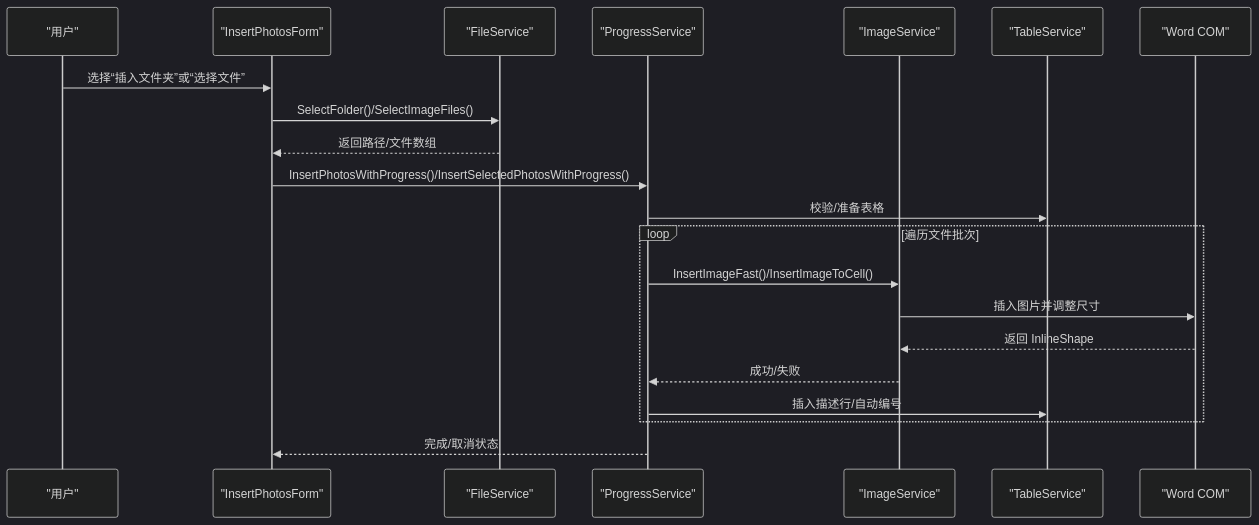
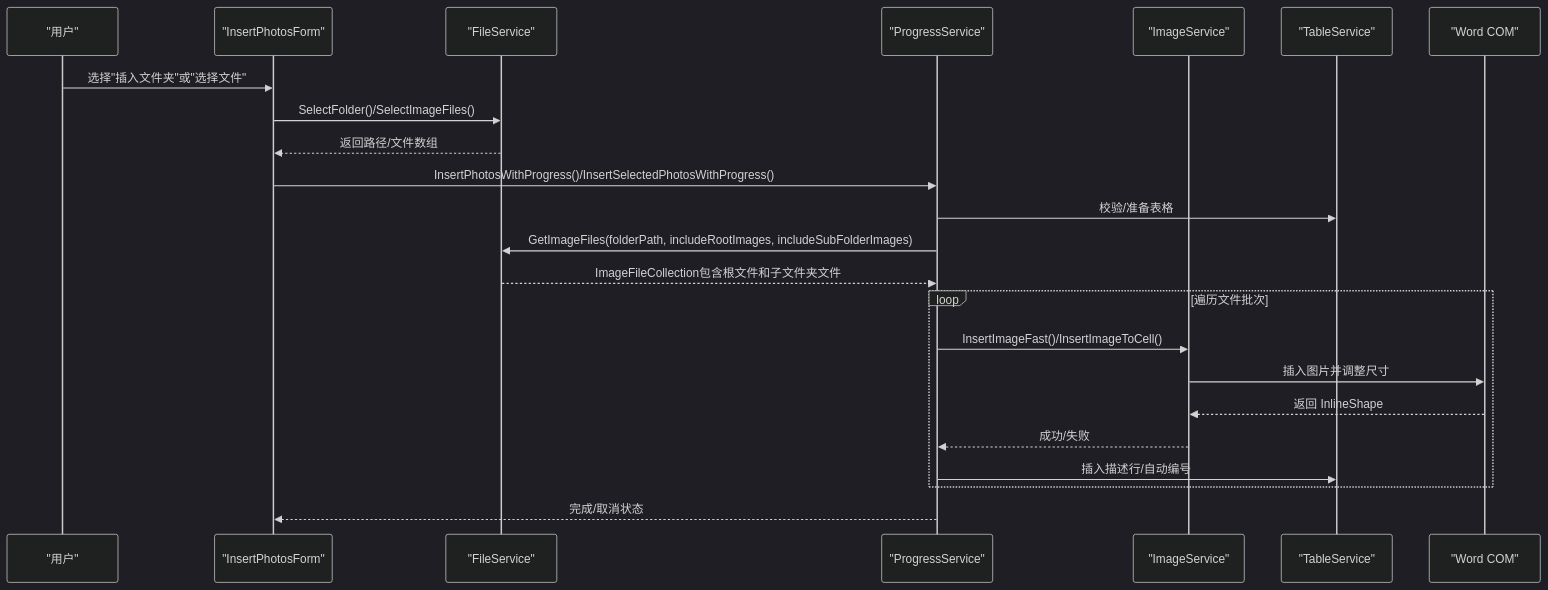
Before and after one commit to rainiva/WordTools: the second of 5 diagrams in .qoder/repowiki/zh/content/核心功能/文件系统操作.md, drawn with Mermaid (dark theme). The commit also changed other lines of this file and 8 other files, not shown here.

Commit message:
perf: 大表格插图性能优化-清理编号与计算起始号瓶颈修复+诊断计时

````diff
--- a/.qoder/repowiki/zh/content/核心功能/文件系统操作.md
+++ b/.qoder/repowiki/zh/content/核心功能/文件系统操作.md
@@ -96,23 +105,25 @@
 ```mermaid
 sequenceDiagram
 participant U as "用户"
 participant F as "InsertPhotosForm"
 participant FS as "FileService"
 participant PS as "ProgressService"
 participant IS as "ImageService"
 participant TS as "TableService"
 participant OF as "Word COM"
-U->>F : 选择“插入文件夹”或“选择文件”
+U->>F : 选择"插入文件夹"或"选择文件"
 F->>FS : SelectFolder()/SelectImageFiles()
 FS-->>F : 返回路径/文件数组
 F->>PS : InsertPhotosWithProgress()/InsertSelectedPhotosWithProgress()
 PS->>TS : 校验/准备表格
+PS->>FS : GetImageFiles(folderPath, includeRootImages, includeSubFolderImages)
+FS-->>PS : ImageFileCollection包含根文件和子文件夹文件
 loop 遍历文件批次
 PS->>IS : InsertImageFast()/InsertImageToCell()
 IS->>OF : 插入图片并调整尺寸
 OF-->>IS : 返回 InlineShape
 IS-->>PS : 成功/失败
 PS->>TS : 插入描述行/自动编号
 end
 PS-->>F : 完成/取消状态
 ```
````
